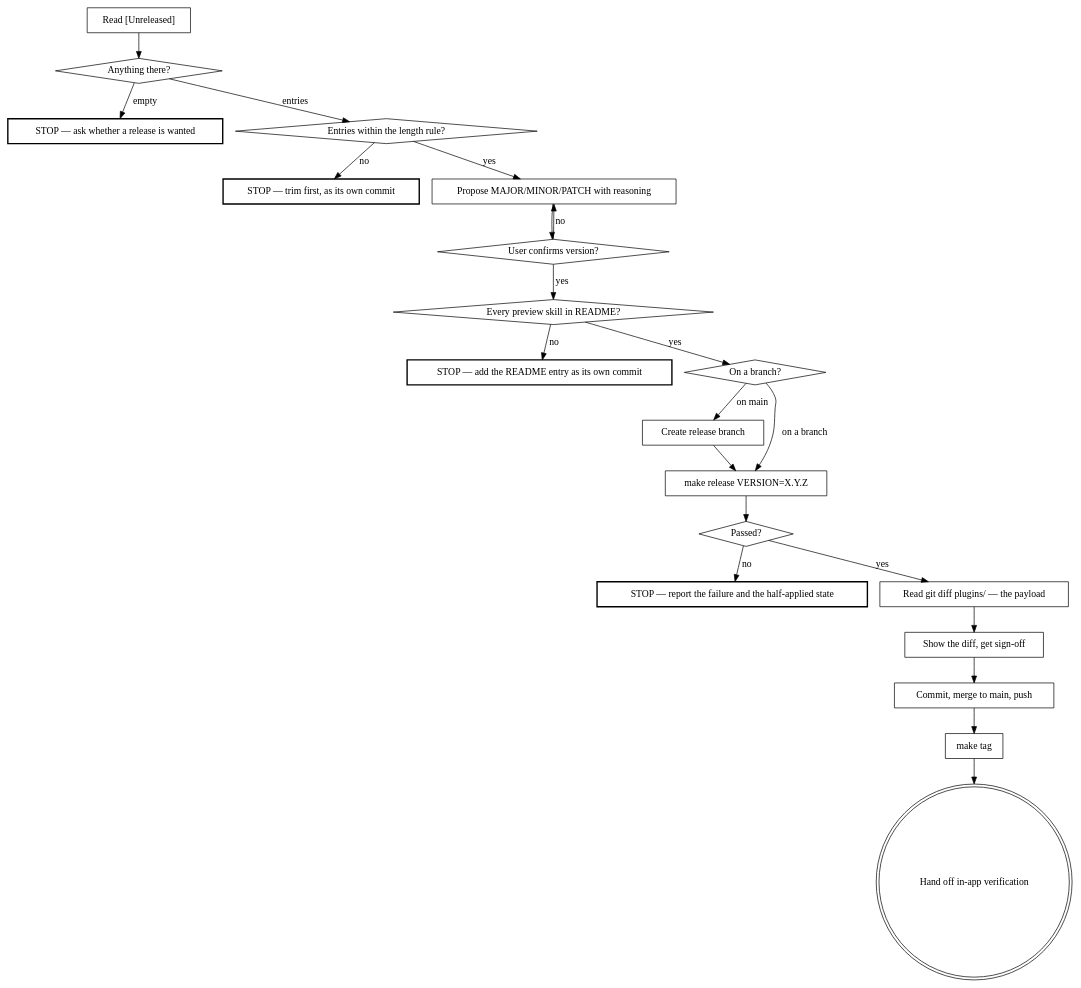
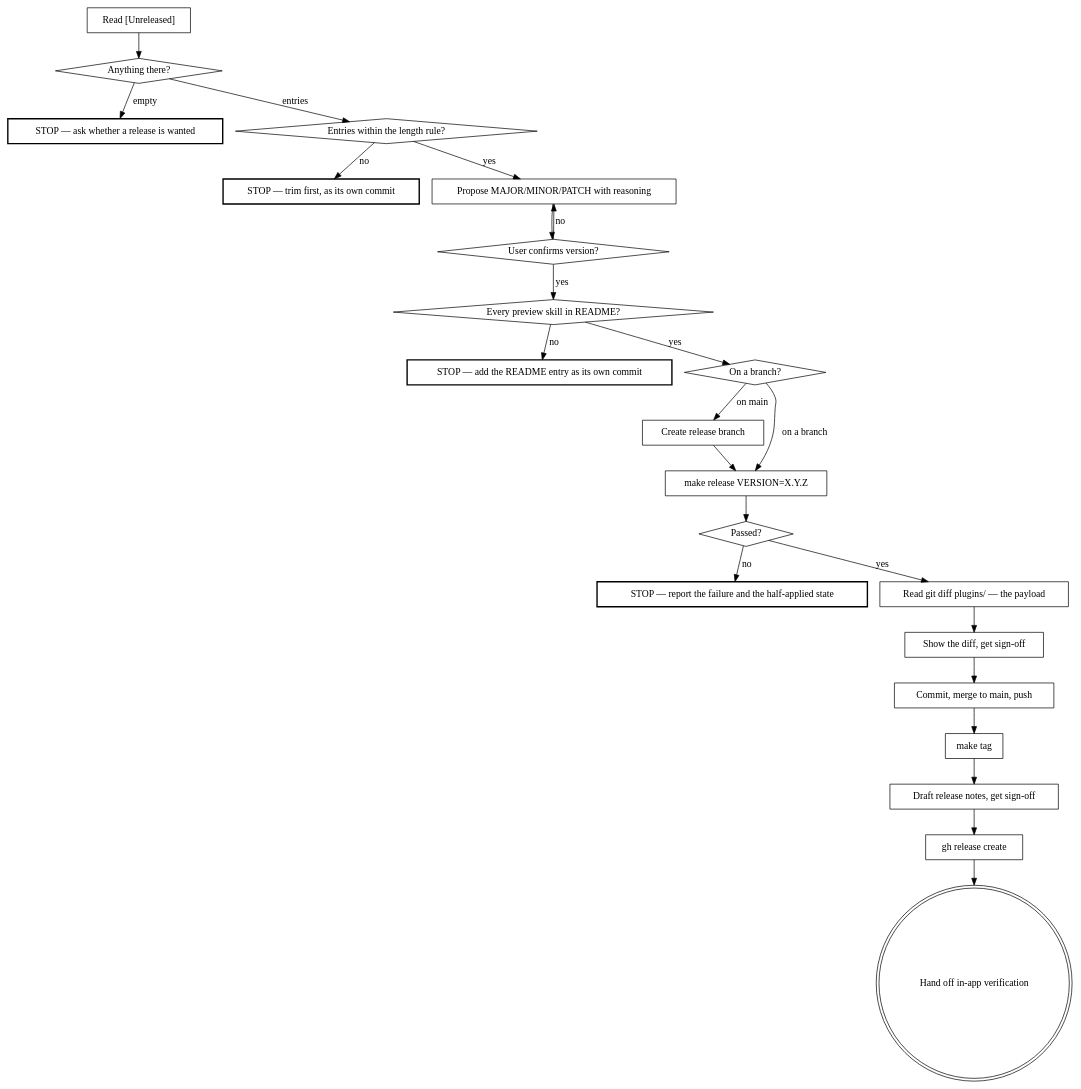
The diagram in .claude/skills/release/SKILL.md (Ovid/paad), drawn with Graphviz before and after one commit. The commit also changed other lines of this file, not shown here.

First line of the commit message:
release skill: publish a GitHub Release after every tag

````diff
--- a/.claude/skills/release/SKILL.md
+++ b/.claude/skills/release/SKILL.md
@@ -32,44 +32,48 @@
 ```dot
 digraph release {
     "Read [Unreleased]" [shape=box];
     "Anything there?" [shape=diamond];
     "STOP — ask whether a release is wanted" [shape=box, style=bold];
     "Entries within the length rule?" [shape=diamond];
     "STOP — trim first, as its own commit" [shape=box, style=bold];
     "Propose MAJOR/MINOR/PATCH with reasoning" [shape=box];
     "User confirms version?" [shape=diamond];
     "Every preview skill in README?" [shape=diamond];
     "STOP — add the README entry as its own commit" [shape=box, style=bold];
     "On a branch?" [shape=diamond];
     "Create release branch" [shape=box];
     "make release VERSION=X.Y.Z" [shape=box];
     "Passed?" [shape=diamond];
     "STOP — report the failure and the half-applied state" [shape=box, style=bold];
     "Read git diff plugins/ — the payload" [shape=box];
     "Show the diff, get sign-off" [shape=box];
     "Commit, merge to main, push" [shape=box];
     "make tag" [shape=box];
+    "Draft release notes, get sign-off" [shape=box];
+    "gh release create" [shape=box];
     "Hand off in-app verification" [shape=doublecircle];
 
     "Read [Unreleased]" -> "Anything there?";
     "Anything there?" -> "STOP — ask whether a release is wanted" [label="empty"];
     "Anything there?" -> "Entries within the length rule?" [label="entries"];
     "Entries within the length rule?" -> "STOP — trim first, as its own commit" [label="no"];
     "Entries within the length rule?" -> "Propose MAJOR/MINOR/PATCH with reasoning" [label="yes"];
     "Propose MAJOR/MINOR/PATCH with reasoning" -> "User confirms version?";
     "User confirms version?" -> "Propose MAJOR/MINOR/PATCH with reasoning" [label="no"];
     "User confirms version?" -> "Every preview skill in README?" [label="yes"];
     "Every preview skill in README?" -> "STOP — add the README entry as its own commit" [label="no"];
     "Every preview skill in README?" -> "On a branch?" [label="yes"];
     "On a branch?" -> "Create release branch" [label="on main"];
     "On a branch?" -> "make release VERSION=X.Y.Z" [label="on a branch"];
     "Create release branch" -> "make release VERSION=X.Y.Z";
     "make release VERSION=X.Y.Z" -> "Passed?";
     "Passed?" -> "STOP — report the failure and the half-applied state" [label="no"];
     "Passed?" -> "Read git diff plugins/ — the payload" [label="yes"];
     "Read git diff plugins/ — the payload" -> "Show the diff, get sign-off";
     "Show the diff, get sign-off" -> "Commit, merge to main, push";
     "Commit, merge to main, push" -> "make tag";
-    "make tag" -> "Hand off in-app verification";
+    "make tag" -> "Draft release notes, get sign-off";
+    "Draft release notes, get sign-off" -> "gh release create";
+    "gh release create" -> "Hand off in-app verification";
 }
 ```
````
